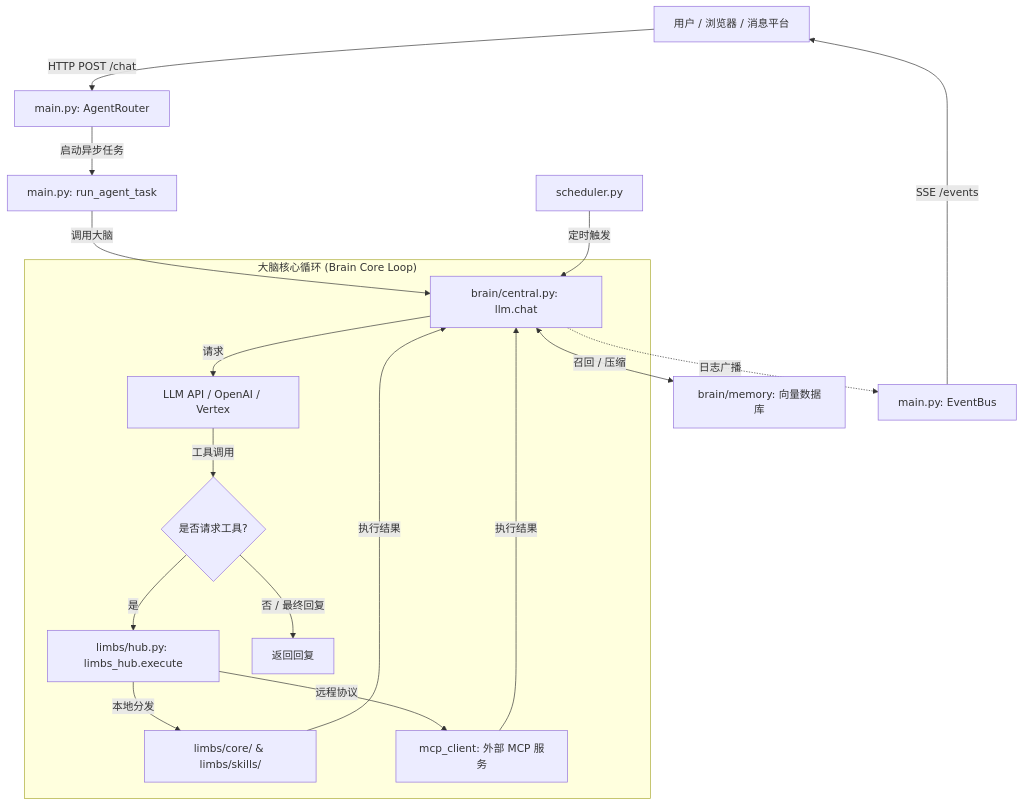
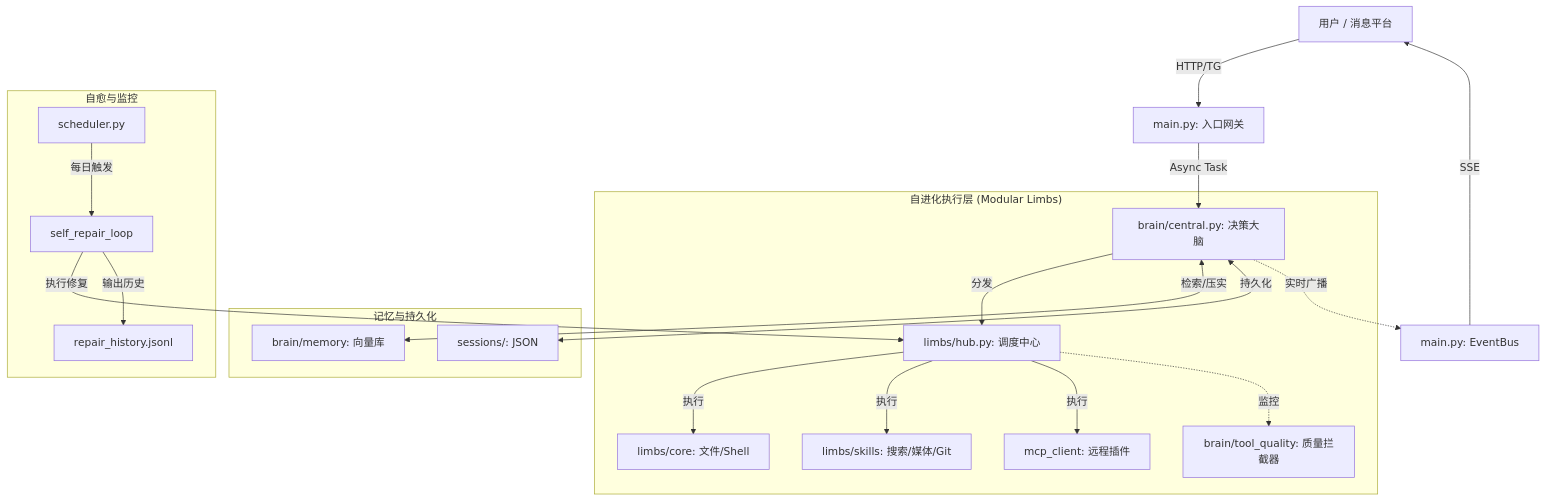
Before and after one commit to chanf/CyberGrunt: the diagram in README.md, drawn with Mermaid. The commit also changed other lines of this file and 29 other files, not shown here.

````diff
--- a/README.md
+++ b/README.md
@@ -131,23 +132,27 @@
 ```mermaid
 graph TD
-    User[用户 / 浏览器 / 消息平台] -->|HTTP POST /chat| Router[main.py: AgentRouter]
-    Router -->|启动异步任务| Task[main.py: run_agent_task]
-    Task -->|调用大脑| LLM[brain/central.py: llm.chat]
+    User[用户 / 消息平台] -->|HTTP/TG| Router[main.py: 入口网关]
+    Router -->|Async Task| LLM[brain/central.py: 决策大脑]
 
-    subgraph "大脑核心循环 (Brain Core Loop)"
-        LLM -->|请求| AI[LLM API / OpenAI / Vertex]
-        AI -->|工具调用| ToolCheck{是否请求工具?}
-        ToolCheck -->|是| Hub[limbs/hub.py: limbs_hub.execute]
-        Hub -->|本地分发| Local[limbs/core/ & limbs/skills/]
-        Hub -->|远程协议| MCP[mcp_client: 外部 MCP 服务]
-        Local -->|执行结果| LLM
-        MCP -->|执行结果| LLM
-        ToolCheck -->|否 / 最终回复| Finish[返回回复]
+    subgraph "自进化执行层 (Modular Limbs)"
+        LLM -->|分发| Hub[limbs/hub.py: 调度中心]
+        Hub -->|执行| Core[limbs/core: 文件/Shell]
+        Hub -->|执行| Skills[limbs/skills: 搜索/媒体/Git]
+        Hub -->|执行| MCP[mcp_client: 远程插件]
+        Hub -.->|监控| Metric[brain/tool_quality: 质量拦截器]
     end
 
-    LLM <-->|召回 / 压缩| Mem[brain/memory: 向量数据库]
-    LLM -.->|日志广播| Bus[main.py: EventBus]
-    Bus -->|SSE /events| User
+    subgraph "记忆与持久化"
+        LLM <-->|检索/压实| Mem[brain/memory: 向量库]
+        LLM <-->|持久化| Session[sessions/: JSON]
+    end
 
-    Sched[scheduler.py] -->|定时触发| LLM
+    subgraph "自愈与监控"
+        Sched[scheduler.py] -->|每日触发| Repair[self_repair_loop]
+        Repair -->|执行修复| Hub
+        Repair -->|输出历史| History[repair_history.jsonl]
+    end
+
+    LLM -.->|实时广播| Bus[main.py: EventBus]
+    Bus -->|SSE| User
 ```
````
